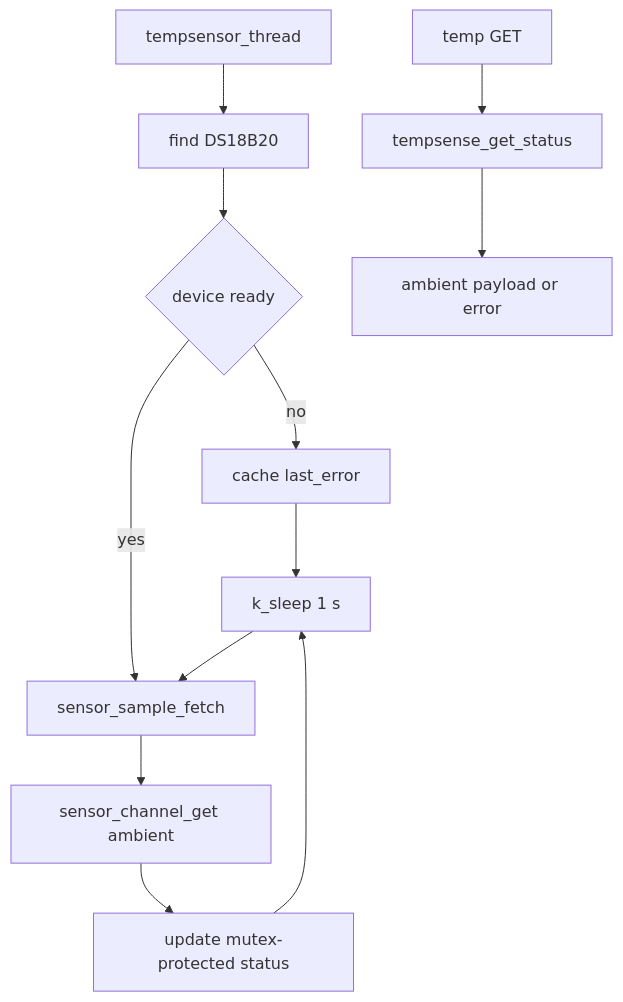
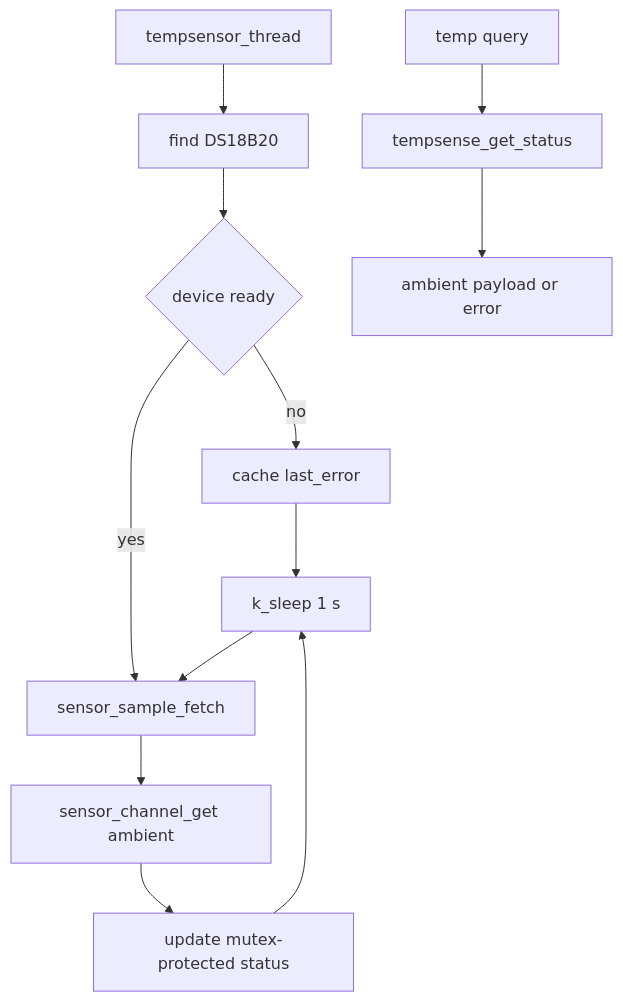
Diagram 15 of 17 in doc/diagrams.md (COO-Utilities/hispec-tib), drawn with Mermaid before and after one commit. The commit also changed other lines of this file and 5 other files, not shown here.

Commit message:
Refactor command documentation: update query/effect request distinctions, improve classification clarity, and align with schema-standard naming.

````diff
--- a/doc/diagrams.md
+++ b/doc/diagrams.md
@@ -271,14 +271,14 @@
 ```mermaid
 flowchart TD
   Thread[tempsensor_thread] --> Find[find DS18B20]
   Find --> Ready{device ready}
   Ready -- no --> CacheErr[cache last_error]
   Ready -- yes --> Fetch[sensor_sample_fetch]
-  Fetch --> Get[sensor_channel_get ambient]
-  Get --> Cache[update mutex-protected status]
+  Fetch --> SensorGet[sensor_channel_get ambient]
+  SensorGet --> Cache[update mutex-protected status]
   CacheErr --> Sleep[k_sleep 1 s]
   Cache --> Sleep
   Sleep --> Fetch
-  Command[temp GET] --> Read[tempsense_get_status]
+  Command[temp query] --> Read[tempsense_get_status]
   Read --> Response[ambient payload or error]
 ```
````
